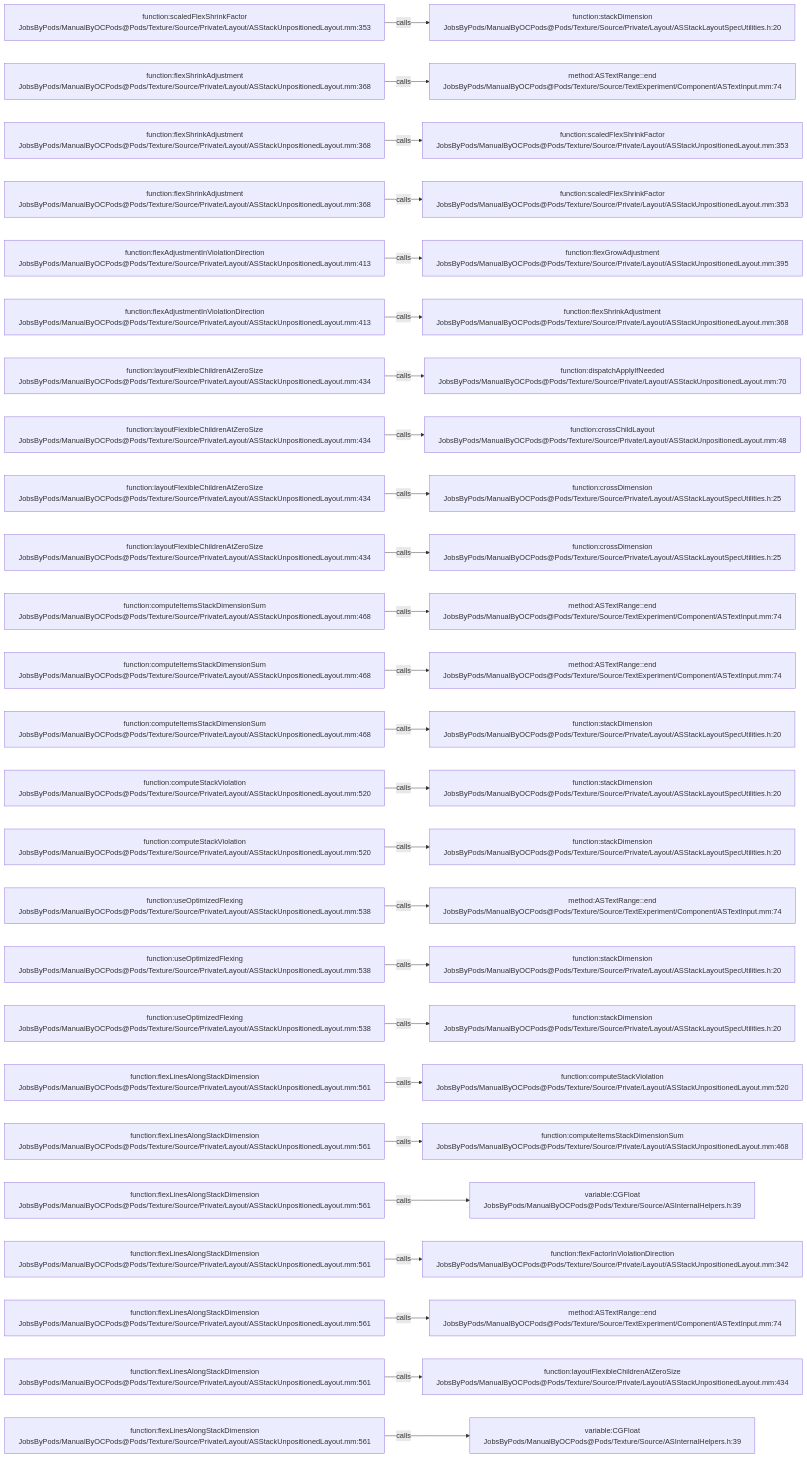
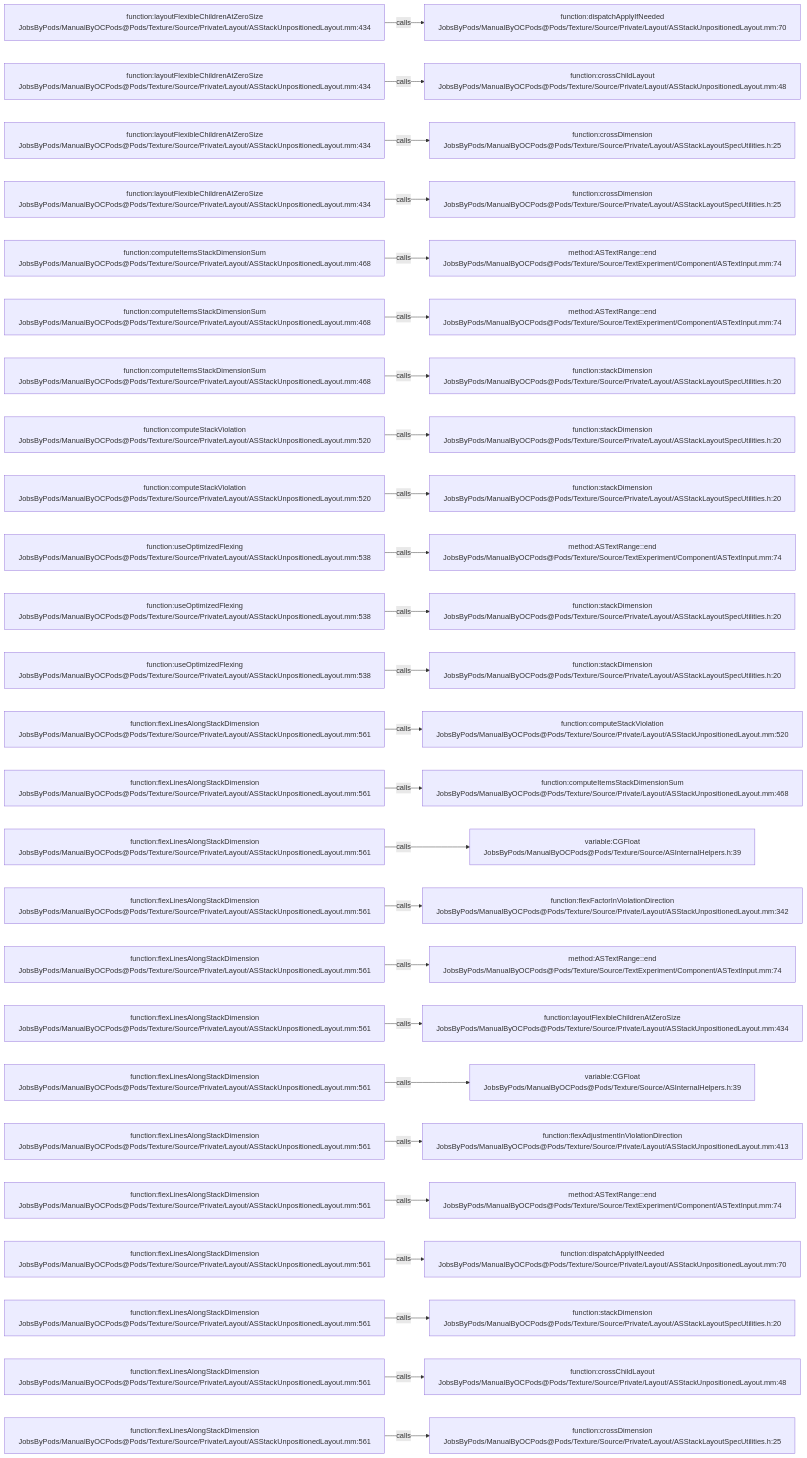
One commit to JobsKits/JobsOCBaseConfigDemo changed the diagram in .codegraph/codegraph.md/graphs/calls-187.md. Above: the diagram before and after it, drawn with Mermaid. The commit also changed 666 other files, not shown here.

````diff
--- a/.codegraph/codegraph.md/graphs/calls-187.md
+++ b/.codegraph/codegraph.md/graphs/calls-187.md
@@ -13,78 +13,78 @@
 ```mermaid
 flowchart LR
-  S1["function:scaledFlexShrinkFactor<br/>JobsByPods/ManualByOCPods@Pods/Texture/Source/Private/Layout/ASStackUnpositionedLayout.mm:353"]
-  T1["function:stackDimension<br/>JobsByPods/ManualByOCPods@Pods/Texture/Source/Private/Layout/ASStackLayoutSpecUtilities.h:20"]
+  S1["function:layoutFlexibleChildrenAtZeroSize<br/>JobsByPods/ManualByOCPods@Pods/Texture/Source/Private/Layout/ASStackUnpositionedLayout.mm:434"]
+  T1["function:dispatchApplyIfNeeded<br/>JobsByPods/ManualByOCPods@Pods/Texture/Source/Private/Layout/ASStackUnpositionedLayout.mm:70"]
   S1 -->|calls| T1
-  S2["function:flexShrinkAdjustment<br/>JobsByPods/ManualByOCPods@Pods/Texture/Source/Private/Layout/ASStackUnpositionedLayout.mm:368"]
-  T2["method:ASTextRange::end<br/>JobsByPods/ManualByOCPods@Pods/Texture/Source/TextExperiment/Component/ASTextInput.mm:74"]
+  S2["function:layoutFlexibleChildrenAtZeroSize<br/>JobsByPods/ManualByOCPods@Pods/Texture/Source/Private/Layout/ASStackUnpositionedLayout.mm:434"]
+  T2["function:crossChildLayout<br/>JobsByPods/ManualByOCPods@Pods/Texture/Source/Private/Layout/ASStackUnpositionedLayout.mm:48"]
   S2 -->|calls| T2
-  S3["function:flexShrinkAdjustment<br/>JobsByPods/ManualByOCPods@Pods/Texture/Source/Private/Layout/ASStackUnpositionedLayout.mm:368"]
-  T3["function:scaledFlexShrinkFactor<br/>JobsByPods/ManualByOCPods@Pods/Texture/Source/Private/Layout/ASStackUnpositionedLayout.mm:353"]
+  S3["function:layoutFlexibleChildrenAtZeroSize<br/>JobsByPods/ManualByOCPods@Pods/Texture/Source/Private/Layout/ASStackUnpositionedLayout.mm:434"]
+  T3["function:crossDimension<br/>JobsByPods/ManualByOCPods@Pods/Texture/Source/Private/Layout/ASStackLayoutSpecUtilities.h:25"]
   S3 -->|calls| T3
-  S4["function:flexShrinkAdjustment<br/>JobsByPods/ManualByOCPods@Pods/Texture/Source/Private/Layout/ASStackUnpositionedLayout.mm:368"]
-  T4["function:scaledFlexShrinkFactor<br/>JobsByPods/ManualByOCPods@Pods/Texture/Source/Private/Layout/ASStackUnpositionedLayout.mm:353"]
+  S4["function:layoutFlexibleChildrenAtZeroSize<br/>JobsByPods/ManualByOCPods@Pods/Texture/Source/Private/Layout/ASStackUnpositionedLayout.mm:434"]
+  T4["function:crossDimension<br/>JobsByPods/ManualByOCPods@Pods/Texture/Source/Private/Layout/ASStackLayoutSpecUtilities.h:25"]
   S4 -->|calls| T4
-  S5["function:flexAdjustmentInViolationDirection<br/>JobsByPods/ManualByOCPods@Pods/Texture/Source/Private/Layout/ASStackUnpositionedLayout.mm:413"]
-  T5["function:flexGrowAdjustment<br/>JobsByPods/ManualByOCPods@Pods/Texture/Source/Private/Layout/ASStackUnpositionedLayout.mm:395"]
+  S5["function:computeItemsStackDimensionSum<br/>JobsByPods/ManualByOCPods@Pods/Texture/Source/Private/Layout/ASStackUnpositionedLayout.mm:468"]
+  T5["method:ASTextRange::end<br/>JobsByPods/ManualByOCPods@Pods/Texture/Source/TextExperiment/Component/ASTextInput.mm:74"]
   S5 -->|calls| T5
-  S6["function:flexAdjustmentInViolationDirection<br/>JobsByPods/ManualByOCPods@Pods/Texture/Source/Private/Layout/ASStackUnpositionedLayout.mm:413"]
-  T6["function:flexShrinkAdjustment<br/>JobsByPods/ManualByOCPods@Pods/Texture/Source/Private/Layout/ASStackUnpositionedLayout.mm:368"]
+  S6["function:computeItemsStackDimensionSum<br/>JobsByPods/ManualByOCPods@Pods/Texture/Source/Private/Layout/ASStackUnpositionedLayout.mm:468"]
+  T6["method:ASTextRange::end<br/>JobsByPods/ManualByOCPods@Pods/Texture/Source/TextExperiment/Component/ASTextInput.mm:74"]
   S6 -->|calls| T6
-  S7["function:layoutFlexibleChildrenAtZeroSize<br/>JobsByPods/ManualByOCPods@Pods/Texture/Source/Private/Layout/ASStackUnpositionedLayout.mm:434"]
-  T7["function:dispatchApplyIfNeeded<br/>JobsByPods/ManualByOCPods@Pods/Texture/Source/Private/Layout/ASStackUnpositionedLayout.mm:70"]
+  S7["function:computeItemsStackDimensionSum<br/>JobsByPods/ManualByOCPods@Pods/Texture/Source/Private/Layout/ASStackUnpositionedLayout.mm:468"]
+  T7["function:stackDimension<br/>JobsByPods/ManualByOCPods@Pods/Texture/Source/Private/Layout/ASStackLayoutSpecUtilities.h:20"]
   S7 -->|calls| T7
-  S8["function:layoutFlexibleChildrenAtZeroSize<br/>JobsByPods/ManualByOCPods@Pods/Texture/Source/Private/Layout/ASStackUnpositionedLayout.mm:434"]
-  T8["function:crossChildLayout<br/>JobsByPods/ManualByOCPods@Pods/Texture/Source/Private/Layout/ASStackUnpositionedLayout.mm:48"]
+  S8["function:computeStackViolation<br/>JobsByPods/ManualByOCPods@Pods/Texture/Source/Private/Layout/ASStackUnpositionedLayout.mm:520"]
+  T8["function:stackDimension<br/>JobsByPods/ManualByOCPods@Pods/Texture/Source/Private/Layout/ASStackLayoutSpecUtilities.h:20"]
   S8 -->|calls| T8
-  S9["function:layoutFlexibleChildrenAtZeroSize<br/>JobsByPods/ManualByOCPods@Pods/Texture/Source/Private/Layout/ASStackUnpositionedLayout.mm:434"]
-  T9["function:crossDimension<br/>JobsByPods/ManualByOCPods@Pods/Texture/Source/Private/Layout/ASStackLayoutSpecUtilities.h:25"]
+  S9["function:computeStackViolation<br/>JobsByPods/ManualByOCPods@Pods/Texture/Source/Private/Layout/ASStackUnpositionedLayout.mm:520"]
+  T9["function:stackDimension<br/>JobsByPods/ManualByOCPods@Pods/Texture/Source/Private/Layout/ASStackLayoutSpecUtilities.h:20"]
   S9 -->|calls| T9
-  S10["function:layoutFlexibleChildrenAtZeroSize<br/>JobsByPods/ManualByOCPods@Pods/Texture/Source/Private/Layout/ASStackUnpositionedLayout.mm:434"]
-  T10["function:crossDimension<br/>JobsByPods/ManualByOCPods@Pods/Texture/Source/Private/Layout/ASStackLayoutSpecUtilities.h:25"]
+  S10["function:useOptimizedFlexing<br/>JobsByPods/ManualByOCPods@Pods/Texture/Source/Private/Layout/ASStackUnpositionedLayout.mm:538"]
+  T10["method:ASTextRange::end<br/>JobsByPods/ManualByOCPods@Pods/Texture/Source/TextExperiment/Component/ASTextInput.mm:74"]
   S10 -->|calls| T10
-  S11["function:computeItemsStackDimensionSum<br/>JobsByPods/ManualByOCPods@Pods/Texture/Source/Private/Layout/ASStackUnpositionedLayout.mm:468"]
-  T11["method:ASTextRange::end<br/>JobsByPods/ManualByOCPods@Pods/Texture/Source/TextExperiment/Component/ASTextInput.mm:74"]
+  S11["function:useOptimizedFlexing<br/>JobsByPods/ManualByOCPods@Pods/Texture/Source/Private/Layout/ASStackUnpositionedLayout.mm:538"]
+  T11["function:stackDimension<br/>JobsByPods/ManualByOCPods@Pods/Texture/Source/Private/Layout/ASStackLayoutSpecUtilities.h:20"]
   S11 -->|calls| T11
-  S12["function:computeItemsStackDimensionSum<br/>JobsByPods/ManualByOCPods@Pods/Texture/Source/Private/Layout/ASStackUnpositionedLayout.mm:468"]
-  T12["method:ASTextRange::end<br/>JobsByPods/ManualByOCPods@Pods/Texture/Source/TextExperiment/Component/ASTextInput.mm:74"]
+  S12["function:useOptimizedFlexing<br/>JobsByPods/ManualByOCPods@Pods/Texture/Source/Private/Layout/ASStackUnpositionedLayout.mm:538"]
+  T12["function:stackDimension<br/>JobsByPods/ManualByOCPods@Pods/Texture/Source/Private/Layout/ASStackLayoutSpecUtilities.h:20"]
   S12 -->|calls| T12
-  S13["function:computeItemsStackDimensionSum<br/>JobsByPods/ManualByOCPods@Pods/Texture/Source/Private/Layout/ASStackUnpositionedLayout.mm:468"]
-  T13["function:stackDimension<br/>JobsByPods/ManualByOCPods@Pods/Texture/Source/Private/Layout/ASStackLayoutSpecUtilities.h:20"]
+  S13["function:flexLinesAlongStackDimension<br/>JobsByPods/ManualByOCPods@Pods/Texture/Source/Private/Layout/ASStackUnpositionedLayout.mm:561"]
+  T13["function:computeStackViolation<br/>JobsByPods/ManualByOCPods@Pods/Texture/Source/Private/Layout/ASStackUnpositionedLayout.mm:520"]
   S13 -->|calls| T13
-  S14["function:computeStackViolation<br/>JobsByPods/ManualByOCPods@Pods/Texture/Source/Private/Layout/ASStackUnpositionedLayout.mm:520"]
-  T14["function:stackDimension<br/>JobsByPods/ManualByOCPods@Pods/Texture/Source/Private/Layout/ASStackLayoutSpecUtilities.h:20"]
+  S14["function:flexLinesAlongStackDimension<br/>JobsByPods/ManualByOCPods@Pods/Texture/Source/Private/Layout/ASStackUnpositionedLayout.mm:561"]
+  T14["function:computeItemsStackDimensionSum<br/>JobsByPods/ManualByOCPods@Pods/Texture/Source/Private/Layout/ASStackUnpositionedLayout.mm:468"]
   S14 -->|calls| T14
-  S15["function:computeStackViolation<br/>JobsByPods/ManualByOCPods@Pods/Texture/Source/Private/Layout/ASStackUnpositionedLayout.mm:520"]
-  T15["function:stackDimension<br/>JobsByPods/ManualByOCPods@Pods/Texture/Source/Private/Layout/ASStackLayoutSpecUtilities.h:20"]
+  S15["function:flexLinesAlongStackDimension<br/>JobsByPods/ManualByOCPods@Pods/Texture/Source/Private/Layout/ASStackUnpositionedLayout.mm:561"]
+  T15["variable:CGFloat<br/>JobsByPods/ManualByOCPods@Pods/Texture/Source/ASInternalHelpers.h:39"]
   S15 -->|calls| T15
-  S16["function:useOptimizedFlexing<br/>JobsByPods/ManualByOCPods@Pods/Texture/Source/Private/Layout/ASStackUnpositionedLayout.mm:538"]
-  T16["method:ASTextRange::end<br/>JobsByPods/ManualByOCPods@Pods/Texture/Source/TextExperiment/Component/ASTextInput.mm:74"]
+  S16["function:flexLinesAlongStackDimension<br/>JobsByPods/ManualByOCPods@Pods/Texture/Source/Private/Layout/ASStackUnpositionedLayout.mm:561"]
+  T16["function:flexFactorInViolationDirection<br/>JobsByPods/ManualByOCPods@Pods/Texture/Source/Private/Layout/ASStackUnpositionedLayout.mm:342"]
   S16 -->|calls| T16
-  S17["function:useOptimizedFlexing<br/>JobsByPods/ManualByOCPods@Pods/Texture/Source/Private/Layout/ASStackUnpositionedLayout.mm:538"]
-  T17["function:stackDimension<br/>JobsByPods/ManualByOCPods@Pods/Texture/Source/Private/Layout/ASStackLayoutSpecUtilities.h:20"]
+  S17["function:flexLinesAlongStackDimension<br/>JobsByPods/ManualByOCPods@Pods/Texture/Source/Private/Layout/ASStackUnpositionedLayout.mm:561"]
+  T17["method:ASTextRange::end<br/>JobsByPods/ManualByOCPods@Pods/Texture/Source/TextExperiment/Component/ASTextInput.mm:74"]
   S17 -->|calls| T17
-  S18["function:useOptimizedFlexing<br/>JobsByPods/ManualByOCPods@Pods/Texture/Source/Private/Layout/ASStackUnpositionedLayout.mm:538"]
-  T18["function:stackDimension<br/>JobsByPods/ManualByOCPods@Pods/Texture/Source/Private/Layout/ASStackLayoutSpecUtilities.h:20"]
+  S18["function:flexLinesAlongStackDimension<br/>JobsByPods/ManualByOCPods@Pods/Texture/Source/Private/Layout/ASStackUnpositionedLayout.mm:561"]
+  T18["function:layoutFlexibleChildrenAtZeroSize<br/>JobsByPods/ManualByOCPods@Pods/Texture/Source/Private/Layout/ASStackUnpositionedLayout.mm:434"]
   S18 -->|calls| T18
   S19["function:flexLinesAlongStackDimension<br/>JobsByPods/ManualByOCPods@Pods/Texture/Source/Private/Layout/ASStackUnpositionedLayout.mm:561"]
-  T19["function:computeStackViolation<br/>JobsByPods/ManualByOCPods@Pods/Texture/Source/Private/Layout/ASStackUnpositionedLayout.mm:520"]
+  T19["variable:CGFloat<br/>JobsByPods/ManualByOCPods@Pods/Texture/Source/ASInternalHelpers.h:39"]
   S19 -->|calls| T19
   S20["function:flexLinesAlongStackDimension<br/>JobsByPods/ManualByOCPods@Pods/Texture/Source/Private/Layout/ASStackUnpositionedLayout.mm:561"]
-  T20["function:computeItemsStackDimensionSum<br/>JobsByPods/ManualByOCPods@Pods/Texture/Source/Private/Layout/ASStackUnpositionedLayout.mm:468"]
+  T20["function:flexAdjustmentInViolationDirection<br/>JobsByPods/ManualByOCPods@Pods/Texture/Source/Private/Layout/ASStackUnpositionedLayout.mm:413"]
   S20 -->|calls| T20
   S21["function:flexLinesAlongStackDimension<br/>JobsByPods/ManualByOCPods@Pods/Texture/Source/Private/Layout/ASStackUnpositionedLayout.mm:561"]
-  T21["variable:CGFloat<br/>JobsByPods/ManualByOCPods@Pods/Texture/Source/ASInternalHelpers.h:39"]
+  T21["method:ASTextRange::end<br/>JobsByPods/ManualByOCPods@Pods/Texture/Source/TextExperiment/Component/ASTextInput.mm:74"]
   S21 -->|calls| T21
   S22["function:flexLinesAlongStackDimension<br/>JobsByPods/ManualByOCPods@Pods/Texture/Source/Private/Layout/ASStackUnpositionedLayout.mm:561"]
-  T22["function:flexFactorInViolationDirection<br/>JobsByPods/ManualByOCPods@Pods/Texture/Source/Private/Layout/ASStackUnpositionedLayout.mm:342"]
+  T22["function:dispatchApplyIfNeeded<br/>JobsByPods/ManualByOCPods@Pods/Texture/Source/Private/Layout/ASStackUnpositionedLayout.mm:70"]
   S22 -->|calls| T22
   S23["function:flexLinesAlongStackDimension<br/>JobsByPods/ManualByOCPods@Pods/Texture/Source/Private/Layout/ASStackUnpositionedLayout.mm:561"]
-  T23["method:ASTextRange::end<br/>JobsByPods/ManualByOCPods@Pods/Texture/Source/TextExperiment/Component/ASTextInput.mm:74"]
+  T23["function:stackDimension<br/>JobsByPods/ManualByOCPods@Pods/Texture/Source/Private/Layout/ASStackLayoutSpecUtilities.h:20"]
   S23 -->|calls| T23
   S24["function:flexLinesAlongStackDimension<br/>JobsByPods/ManualByOCPods@Pods/Texture/Source/Private/Layout/ASStackUnpositionedLayout.mm:561"]
-  T24["function:layoutFlexibleChildrenAtZeroSize<br/>JobsByPods/ManualByOCPods@Pods/Texture/Source/Private/Layout/ASStackUnpositionedLayout.mm:434"]
+  T24["function:crossChildLayout<br/>JobsByPods/ManualByOCPods@Pods/Texture/Source/Private/Layout/ASStackUnpositionedLayout.mm:48"]
   S24 -->|calls| T24
   S25["function:flexLinesAlongStackDimension<br/>JobsByPods/ManualByOCPods@Pods/Texture/Source/Private/Layout/ASStackUnpositionedLayout.mm:561"]
-  T25["variable:CGFloat<br/>JobsByPods/ManualByOCPods@Pods/Texture/Source/ASInternalHelpers.h:39"]
+  T25["function:crossDimension<br/>JobsByPods/ManualByOCPods@Pods/Texture/Source/Private/Layout/ASStackLayoutSpecUtilities.h:25"]
   S25 -->|calls| T25
 ```
````
